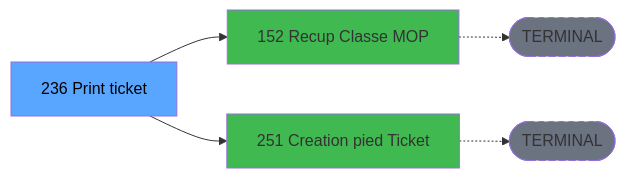
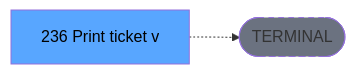
One commit to thonyAGP/lecteur-magic changed the third of 3 diagrams in .openspec/specs/ADH-IDE-236.md. Above: the diagram before and after it, drawn with Mermaid. The commit also changed other lines of this file and 701 other files, not shown here.

````diff
--- a/.openspec/specs/ADH-IDE-236.md
+++ b/.openspec/specs/ADH-IDE-236.md
@@ -312,22 +148,8 @@
 ```mermaid
 graph LR
-    T[236 Print ticket]
-
-    C152[152 Recup Classe MOP]
-    C251[251 Creation pied Ticket]
-
-    T --> C152
-    T --> C251
-
-    TERM1([TERMINAL])
-    TERM2([TERMINAL])
-
-    C152 -.-> TERM1
-    C251 -.-> TERM2
-
+    T[236  Print ticket v]
+    TERM([TERMINAL])
+    T -.-> TERM
+    style TERM fill:#6b7280,stroke-dasharray: 5 5
     style T fill:#58a6ff,color:#000
-    style C152 fill:#3fb950
-    style C251 fill:#3fb950
-    style TERM1 fill:#6b7280,stroke-dasharray: 5 5
-    style TERM2 fill:#6b7280,stroke-dasharray: 5 5
 ```
````
